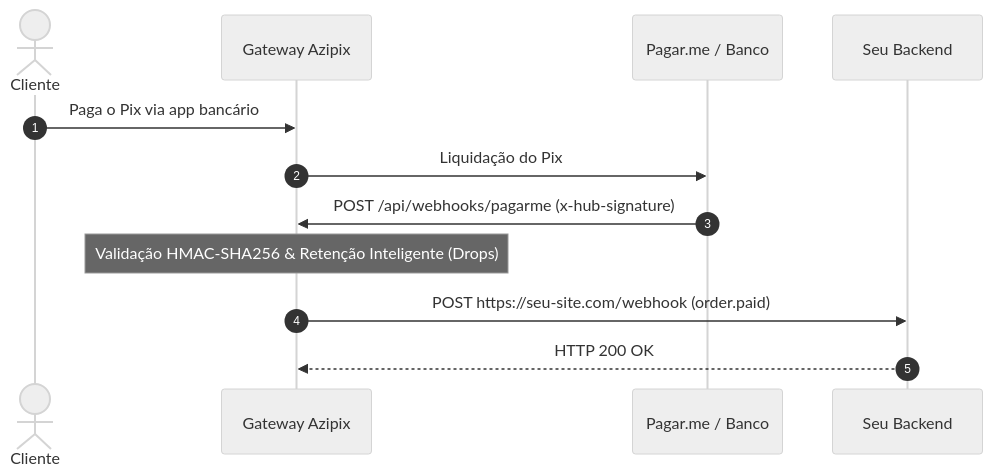
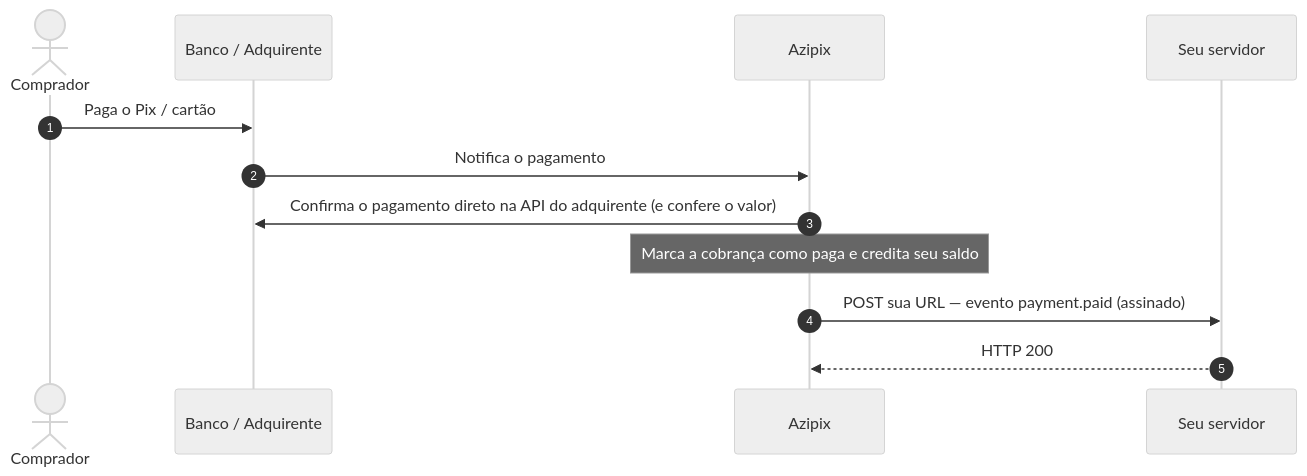
Before and after one commit to KingsmanPHP/azipix-docs: the diagram in webhooks/overview.mdx, drawn with Mermaid (neutral theme). The commit also changed other lines of this file and 13 other files, not shown here.

Commit message:
feat: add API reference and webhook documentation for charges and payments

````diff
--- a/webhooks/overview.mdx
+++ b/webhooks/overview.mdx
@@ -40,15 +16,15 @@
 ```mermaid
 sequenceDiagram
     autonumber
-    actor Cliente
-    participant Azipix as Gateway Azipix
-    participant Pagarme as Pagar.me / Banco
-    participant Merchant as Seu Backend
+    actor Comprador
+    participant Banco as Banco / Adquirente
+    participant Azipix
+    participant Voce as Seu servidor
 
-    Cliente->>Azipix: Paga o Pix via app bancário
-    Azipix->>Pagarme: Liquidação do Pix
-    Pagarme->>Azipix: POST /api/webhooks/pagarme (x-hub-signature)
-    Note over Azipix: Validação HMAC-SHA256 & Retenção Inteligente (Drops)
-    Azipix->>Merchant: POST https://seu-site.com/webhook (order.paid)
-    Merchant-->>Azipix: HTTP 200 OK
+    Comprador->>Banco: Paga o Pix / cartão
+    Banco->>Azipix: Notifica o pagamento
+    Azipix->>Banco: Confirma o pagamento direto na API do adquirente (e confere o valor)
+    Note over Azipix: Marca a cobrança como paga e credita seu saldo
+    Azipix->>Voce: POST sua URL — evento payment.paid (assinado)
+    Voce-->>Azipix: HTTP 200
 ```
````
